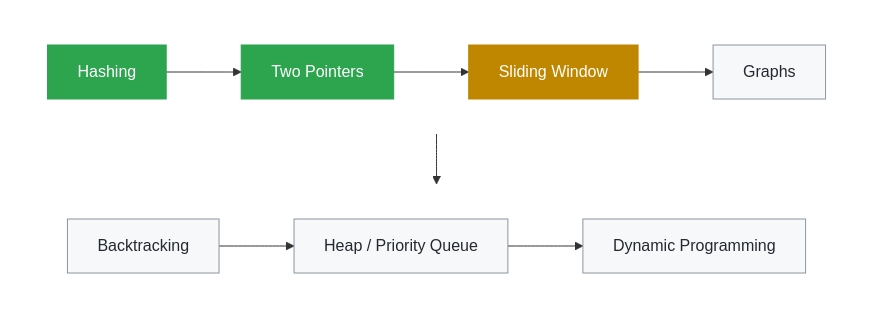
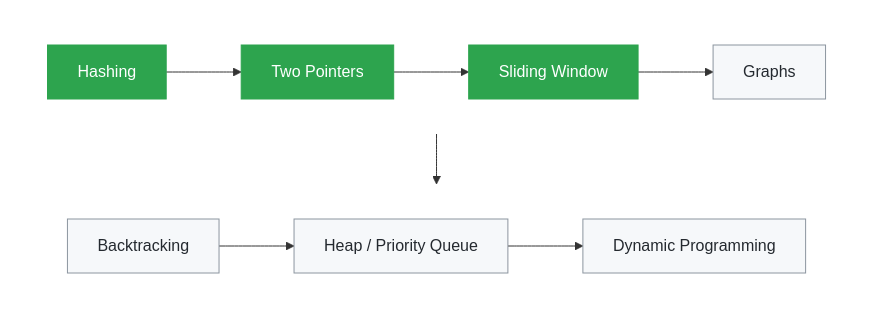
Before and after one commit to yuviyashu/java-dsa-patterns: the diagram in README.md, drawn with Mermaid. The commit also changed other lines of this file and 2 other files, not shown here.

Commit message:
Add Best Time to Buy and Sell Stock (Sliding Window) — track min price, best sell

````diff
--- a/README.md
+++ b/README.md
@@ -16,20 +16,19 @@
 ```mermaid
 flowchart TB
     subgraph row1 [" "]
         direction LR
         A[Hashing] --> B[Two Pointers] --> C[Sliding Window] --> D[Graphs]
     end
     subgraph row2 [" "]
         direction LR
         E[Backtracking] --> F[Heap / Priority Queue] --> G[Dynamic Programming]
     end
     row1 --> row2
     style row1 fill:none,stroke:none
     style row2 fill:none,stroke:none
     classDef done fill:#2da44e,color:#fff,stroke:#2da44e
     classDef inprogress fill:#bf8700,color:#fff,stroke:#bf8700
     classDef next fill:#f6f8fa,color:#24292f,stroke:#8c959f
-    class A,B done
-    class C inprogress
+    class A,B,C done
     class D,E,F,G next
 ```
````
